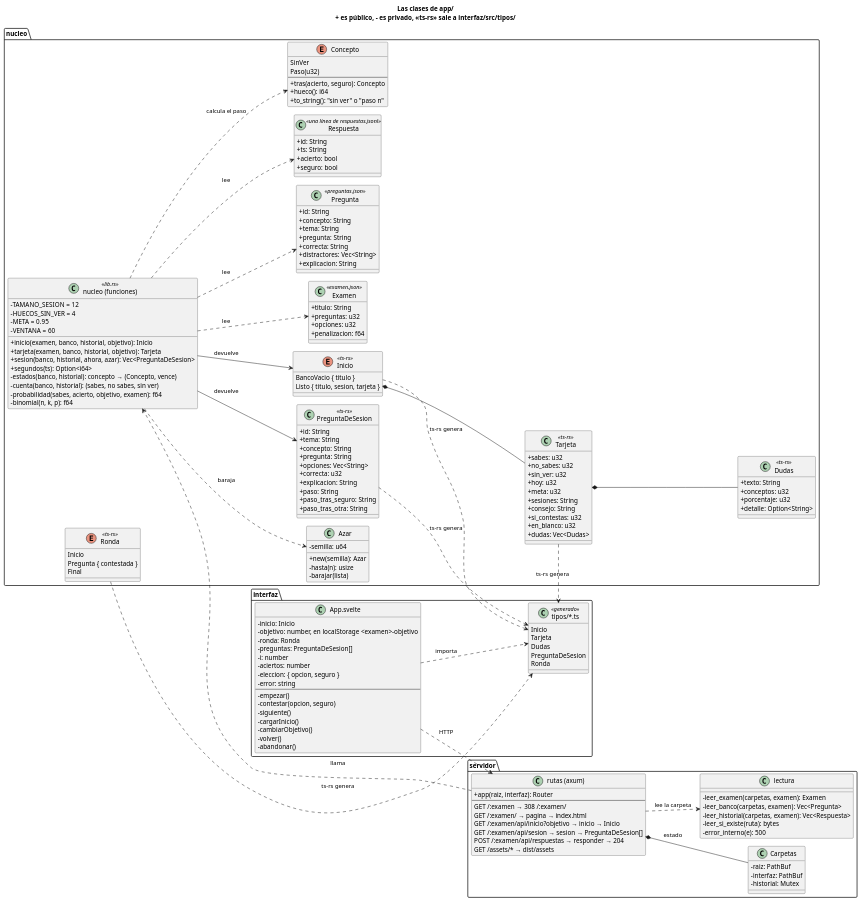
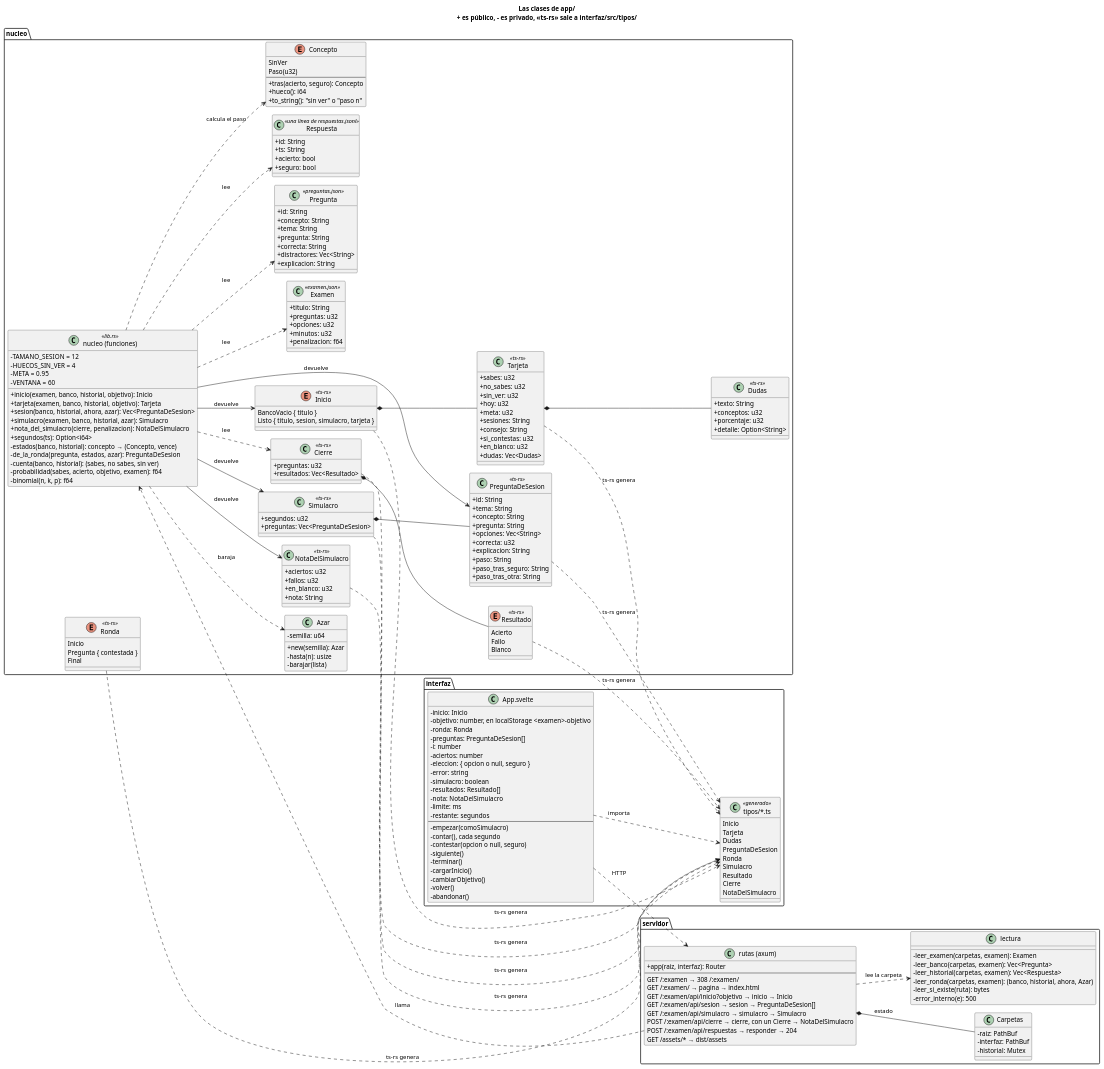
One commit to jfdg01/examenes changed the first of 4 diagrams in docs/el-diagrama.puml. Above: the diagram before and after it, drawn with PlantUML. The commit also changed other lines of this file, not shown here.

Commit message:
docs: el diagrama lleva el simulacro, su cierre y su nota
Claude-Session: https://claude.ai/code/session_01H2CpDhbgy9yBNFceBy5SeG

```diff
--- a/docs/el-diagrama.puml
+++ b/docs/el-diagrama.puml
@@ -15,6 +15,7 @@
     +titulo: String
     +preguntas: u32
     +opciones: u32
+    +minutos: u32
     +penalizacion: f64
   }
   class Pregunta <<preguntas.json>> {
@@ -48,7 +49,26 @@
   }
   enum Inicio <<ts-rs>> {
     BancoVacio { titulo }
-    Listo { titulo, sesion, tarjeta }
+    Listo { titulo, sesion, simulacro, tarjeta }
+  }
+  class Simulacro <<ts-rs>> {
+    +segundos: u32
+    +preguntas: Vec<PreguntaDeSesion>
+  }
+  enum Resultado <<ts-rs>> {
+    Acierto
+    Fallo
+    Blanco
+  }
+  class Cierre <<ts-rs>> {
+    +preguntas: u32
+    +resultados: Vec<Resultado>
+  }
+  class NotaDelSimulacro <<ts-rs>> {
+    +aciertos: u32
+    +fallos: u32
+    +en_blanco: u32
+    +nota: String
   }
   class Tarjeta <<ts-rs>> {
     +sabes: u32
@@ -93,8 +113,11 @@
     +inicio(examen, banco, historial, objetivo): Inicio
     +tarjeta(examen, banco, historial, objetivo): Tarjeta
     +sesion(banco, historial, ahora, azar): Vec<PreguntaDeSesion>
+    +simulacro(examen, banco, historial, azar): Simulacro
+    +nota_del_simulacro(cierre, penalizacion): NotaDelSimulacro
     +segundos(ts): Option<i64>
     -estados(banco, historial): concepto → (Concepto, vence)
+    -de_la_ronda(pregunta, estados, azar): PreguntaDeSesion
     -cuenta(banco, historial): (sabes, no sabes, sin ver)
     -probabilidad(sabes, acierto, objetivo, examen): f64
     -binomial(n, k, p): f64
@@ -114,6 +137,8 @@
     GET /:examen/ → pagina → index.html
     GET /:examen/api/inicio?objetivo → inicio → Inicio
     GET /:examen/api/sesion → sesion → PreguntaDeSesion[]
+    GET /:examen/api/simulacro → simulacro → Simulacro
+    POST /:examen/api/cierre → cierre, con un Cierre → NotaDelSimulacro
     POST /:examen/api/respuestas → responder → 204
     GET /assets/* → dist/assets
   }
@@ -121,6 +146,7 @@
     -leer_examen(carpetas, examen): Examen
     -leer_banco(carpetas, examen): Vec<Pregunta>
     -leer_historial(carpetas, examen): Vec<Respuesta>
+    -leer_ronda(carpetas, examen): (banco, historial, ahora, Azar)
     -leer_si_existe(ruta): bytes
     -error_interno(e): 500
   }
@@ -134,12 +160,19 @@
     -preguntas: PreguntaDeSesion[]
     -i: number
     -aciertos: number
-    -eleccion: { opcion, seguro }
+    -eleccion: { opcion o null, seguro }
     -error: string
+    -simulacro: boolean
+    -resultados: Resultado[]
+    -nota: NotaDelSimulacro
+    -limite: ms
+    -restante: segundos
     --
-    -empezar()
-    -contestar(opcion, seguro)
+    -empezar(comoSimulacro)
+    -contar(), cada segundo
+    -contestar(opcion o null, seguro)
     -siguiente()
+    -terminar()
     -cargarInicio()
     -cambiarObjetivo()
     -volver()
@@ -151,6 +184,10 @@
     Dudas
     PreguntaDeSesion
     Ronda
+    Simulacro
+    Resultado
+    Cierre
+    NotaDelSimulacro
   }
 }
 
@@ -163,6 +200,11 @@
 Inicio *-- Tarjeta
 Tarjeta *-- Dudas
 funciones --> PreguntaDeSesion : devuelve
+funciones --> Simulacro : devuelve
+Simulacro *-- PreguntaDeSesion
+funciones ..> Cierre : lee
+Cierre *-- Resultado
+funciones --> NotaDelSimulacro : devuelve
 rutas *-- Carpetas : estado
 rutas ..> lectura : lee la carpeta
 rutas ..> funciones : llama
@@ -170,6 +212,10 @@
 Tarjeta ..> tipos : ts-rs genera
 PreguntaDeSesion ..> tipos : ts-rs genera
 Ronda ..> tipos : ts-rs genera
+Simulacro ..> tipos : ts-rs genera
+Resultado ..> tipos : ts-rs genera
+Cierre ..> tipos : ts-rs genera
+NotaDelSimulacro ..> tipos : ts-rs genera
 App ..> tipos : importa
 App ..> rutas : HTTP
 @enduml
```
